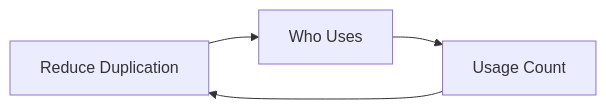
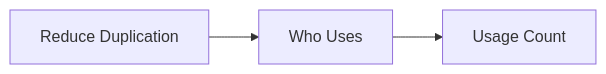
The diagram in measuring/use_gqm.md (InnerSourceCommons/managing-innersource-projects), drawn with Mermaid before and after one commit.

````diff
--- a/measuring/use_gqm.md
+++ b/measuring/use_gqm.md
@@ -5,6 +5,5 @@
 ```mermaid
 graph LR;
 reduce-duplication[Reduce Duplication] --> who-uses[Who Uses];
 who-uses --> usage-count[Usage Count];
-usage-count --> reduce-duplication[Reduce Duplication];
 ```
````
